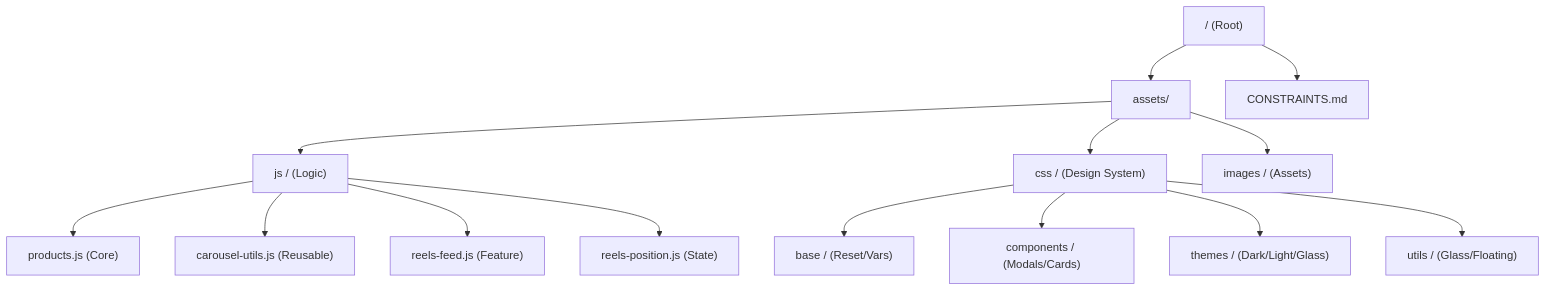
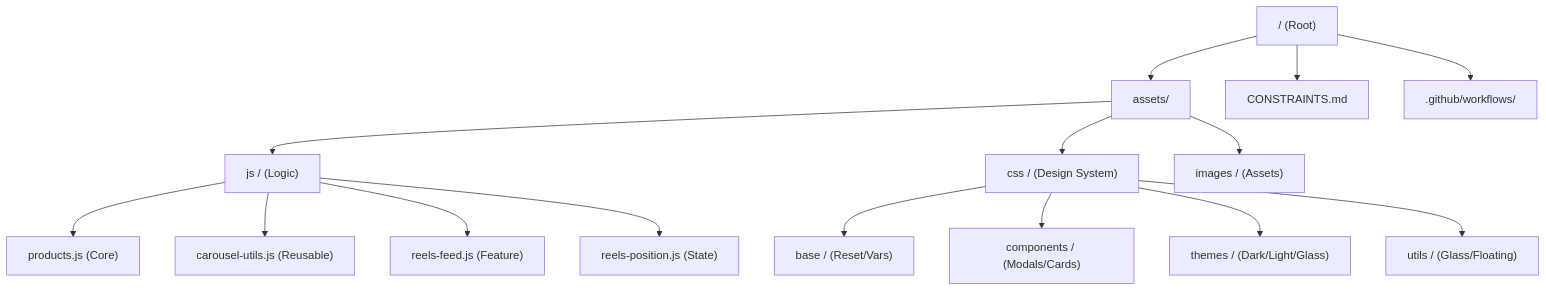
One commit to JOLT-dailyAi/VibeDrips changed the diagram in READ_PROJECT_ARCHITECTURE.md. Above: the diagram before and after it, drawn with Mermaid. The commit also changed other lines of this file and 2 other files, not shown here.

````diff
--- a/READ_PROJECT_ARCHITECTURE.md
+++ b/READ_PROJECT_ARCHITECTURE.md
@@ -31,19 +31,20 @@
 ```mermaid
 graph TD
     Root["/ (Root)"] --> Assets["assets/"]
     Root --> Docs["CONSTRAINTS.md"]
+    Root --> Actions[".github/workflows/"]
     
     Assets --> JS["js / (Logic)"]
     Assets --> CSS["css / (Design System)"]
     Assets --> Images["images / (Assets)"]
     
     JS --> PJS["products.js (Core)"]
     JS --> CUT["carousel-utils.js (Reusable)"]
     JS --> RJS["reels-feed.js (Feature)"]
     JS --> RPS["reels-position.js (State)"]
     
     CSS --> CB["base / (Reset/Vars)"]
     CSS --> CC["components / (Modals/Cards)"]
     CSS --> CT["themes / (Dark/Light/Glass)"]
     CSS --> CU["utils / (Glass/Floating)"]
 ```
````
